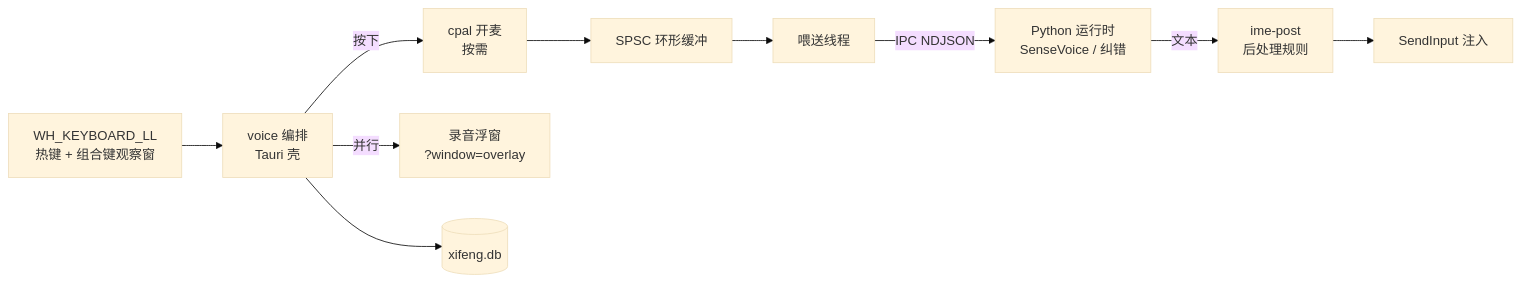
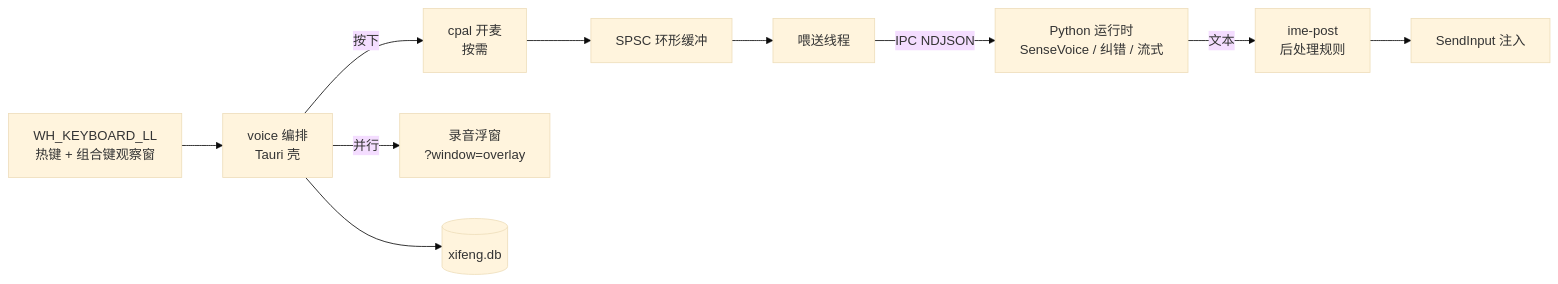
The diagram in README.md (Topskys/Xifeng), drawn with Mermaid (base theme) before and after one commit. The commit also changed other lines of this file and 12 other files, not shown here.

````diff
--- a/README.md
+++ b/README.md
@@ -65,12 +67,12 @@
 ```mermaid
 flowchart LR
     H[WH_KEYBOARD_LL<br/>热键 + 组合键观察窗] --> V[voice 编排<br/>Tauri 壳]
     V -->|按下| M[cpal 开麦<br/>按需]
     V -->|并行| O[录音浮窗<br/>?window=overlay]
     M --> R[SPSC 环形缓冲]
     R --> T[喂送线程]
-    T -->|IPC NDJSON| P[Python 运行时<br/>SenseVoice / 纠错]
+    T -->|IPC NDJSON| P[Python 运行时<br/>SenseVoice / 纠错 / 流式]
     P -->|文本| Q[ime-post<br/>后处理规则]
     Q --> I[SendInput 注入]
     V --> D[(xifeng.db)]
 ```
````
